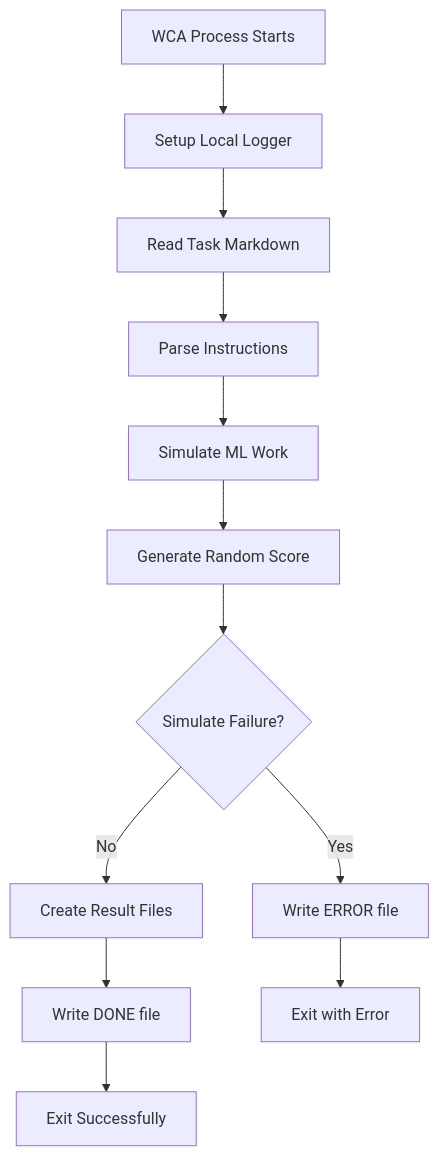
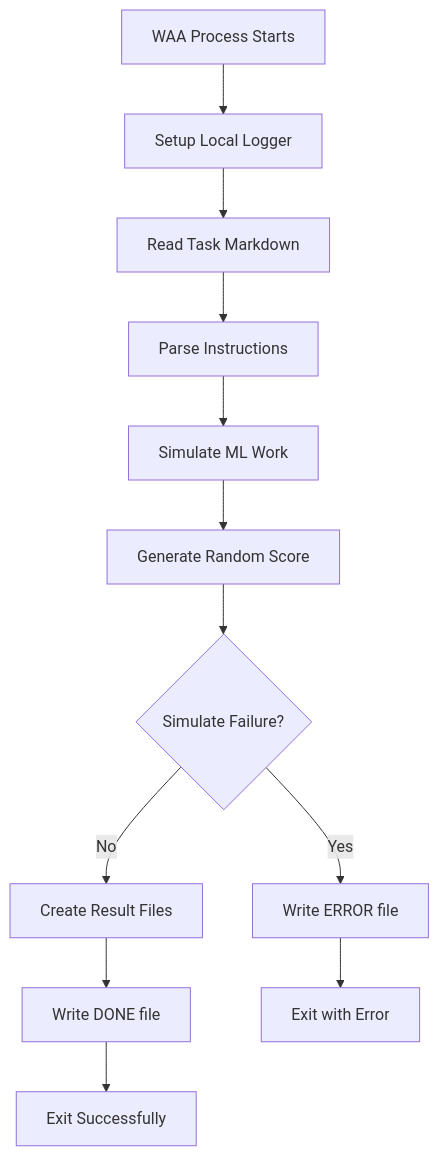
One commit to harutasti/kaggle_automation changed the seventh of 14 diagrams in docs/architecture/DETAILED_FLOW.md. Above: the diagram before and after it, drawn with Mermaid. The commit also changed other lines of this file and 27 other files, not shown here.

````diff
--- a/docs/architecture/DETAILED_FLOW.md
+++ b/docs/architecture/DETAILED_FLOW.md
@@ -183,14 +183,14 @@
 ```mermaid
 graph TD
-    A[WCA Process Starts] --> B[Setup Local Logger]
+    A[WAA Process Starts] --> B[Setup Local Logger]
     B --> C[Read Task Markdown]
     C --> D[Parse Instructions]
     D --> E[Simulate ML Work]
     E --> F[Generate Random Score]
     F --> G{Simulate Failure?}
     G -->|Yes| H[Write ERROR file]
     G -->|No| I[Create Result Files]
     I --> J[Write DONE file]
     H --> K[Exit with Error]
     J --> L[Exit Successfully]
 ```
````
